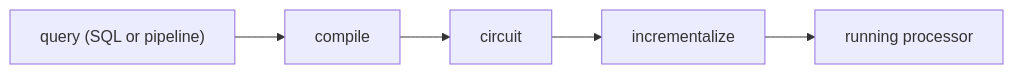
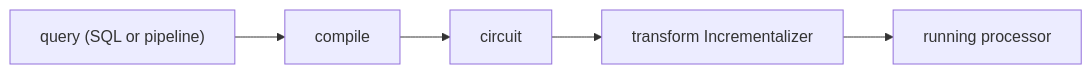
The first of 2 diagrams in doc/concepts-programming-compilers-and-expressions.md (l7mp/dbsp), drawn with Mermaid before and after one commit. The commit also changed other lines of this file and 20 other files, not shown here.

````diff
--- a/doc/concepts-programming-compilers-and-expressions.md
+++ b/doc/concepts-programming-compilers-and-expressions.md
@@ -9,7 +9,7 @@
 ```mermaid
 graph LR
     SRC["query (SQL or pipeline)"] --> COMP[compile]
     COMP --> CIRC[circuit]
-    CIRC --> INC[incrementalize]
+    CIRC --> INC[transform Incrementalizer]
     INC --> LIVE[running processor]
 ```
````
